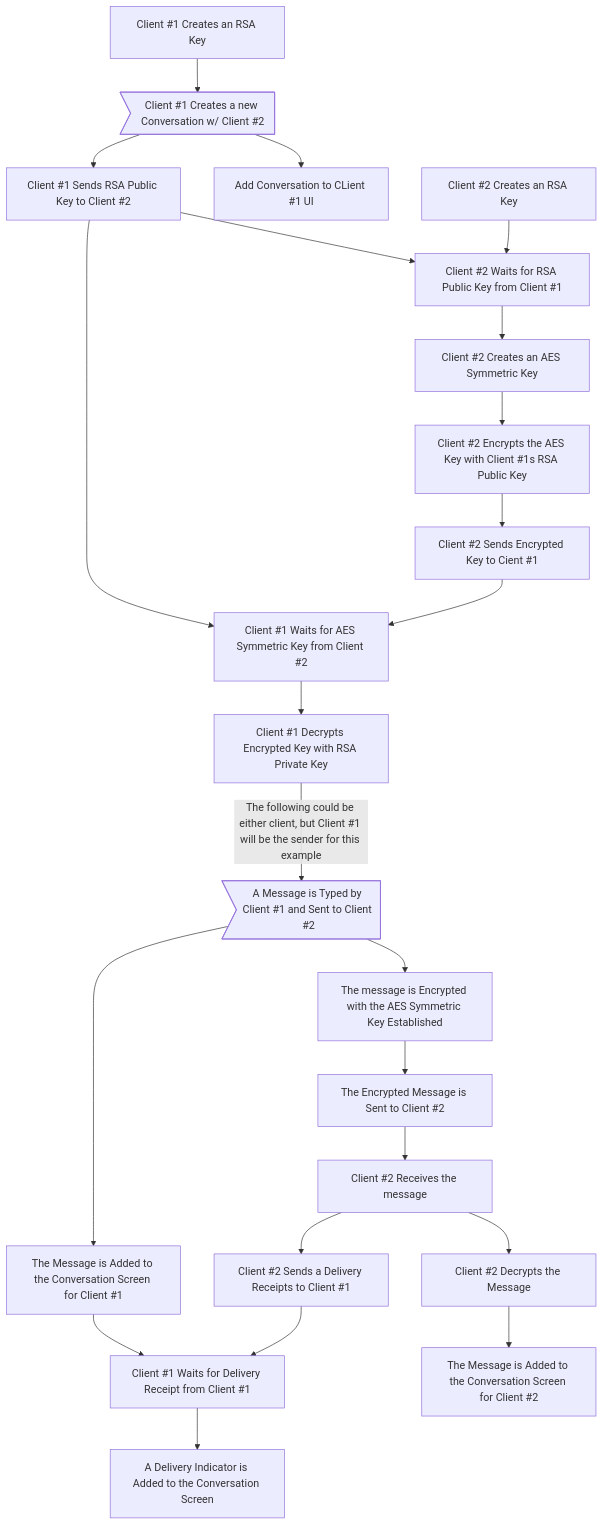
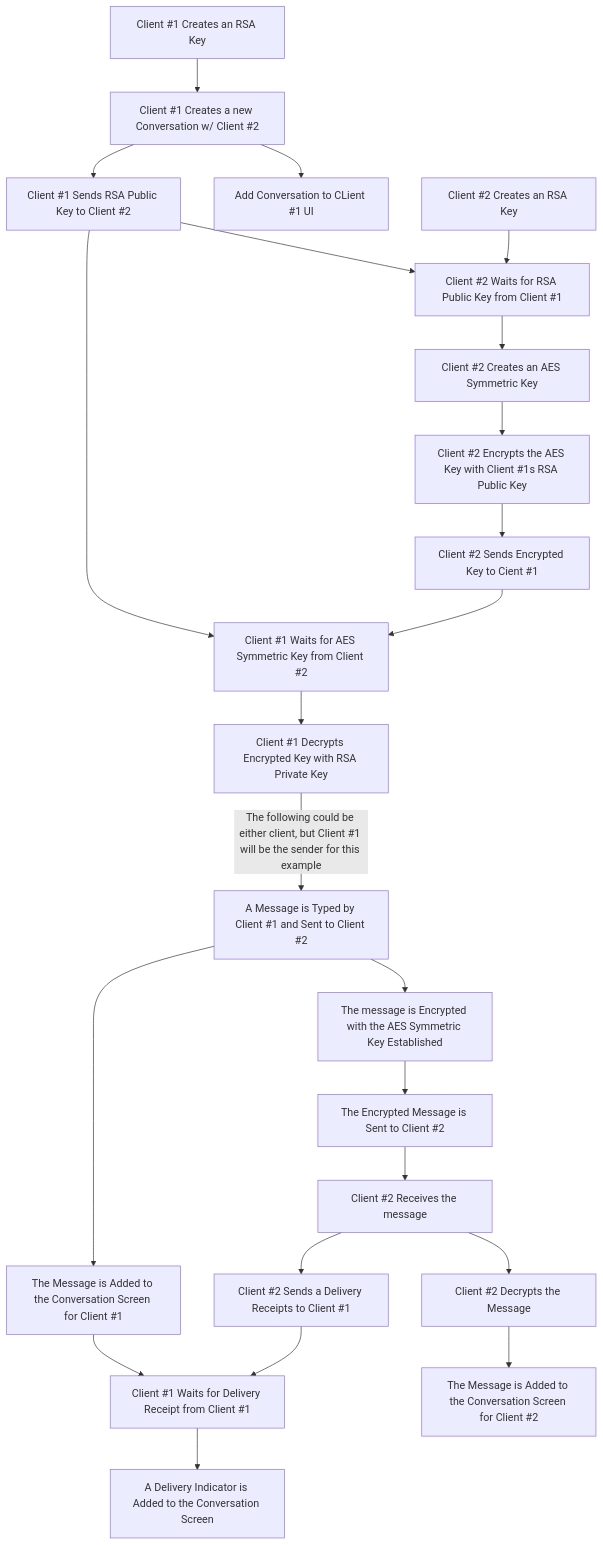
The diagram in README.md (xXCrash2BomberXx/TinyChat), drawn with Mermaid before and after one commit.

````diff
--- a/README.md
+++ b/README.md
@@ -72,25 +72,25 @@
 ```mermaid
 graph TB;
-  A[Client #1 Creates an RSA Key] --> B>Client #1 Creates a new Conversation w/ Client #2];
+  A[Client #1 Creates an RSA Key] --> B[Client #1 Creates a new Conversation w/ Client #2];
   B --> D[Add Conversation to CLient #1 UI];
   B --> E[Client #1 Sends RSA Public Key to Client #2];
   E --> G[Client #2 Waits for RSA Public Key from Client #1];
   F[Client #2 Creates an RSA Key] --> G;
   G --> H[Client #2 Creates an AES Symmetric Key];
   H -->I[Client #2 Encrypts the AES Key with Client #1s RSA Public Key];
   I -->J[Client #2 Sends Encrypted Key to Cient #1];
   J --> K[Client #1 Waits for AES Symmetric Key from Client #2];
   E --> K;
   K --> L[Client #1 Decrypts Encrypted Key with RSA Private Key];
-  L --> |The following could be either client, but Client #1 will be the sender for this example| M>A Message is Typed by Client #1 and Sent to Client #2];
+  L --> |The following could be either client, but Client #1 will be the sender for this example| M[A Message is Typed by Client #1 and Sent to Client #2];
   M --> N[The message is Encrypted with the AES Symmetric Key Established];
   N --> O[The Encrypted Message is Sent to Client #2];
   M --> Q[The Message is Added to the Conversation Screen for Client #1];
   Q --> R[Client #1 Waits for Delivery Receipt from Client #1];
   R --> V[A Delivery Indicator is Added to the Conversation Screen];
   O --> P[Client #2 Receives the message];
   P --> S[Client #2 Decrypts the Message];
   S --> T[The Message is Added to the Conversation Screen for Client #2];
   P --> U[Client #2 Sends a Delivery Receipts to Client #1];
   U --> R;
 ```
````
